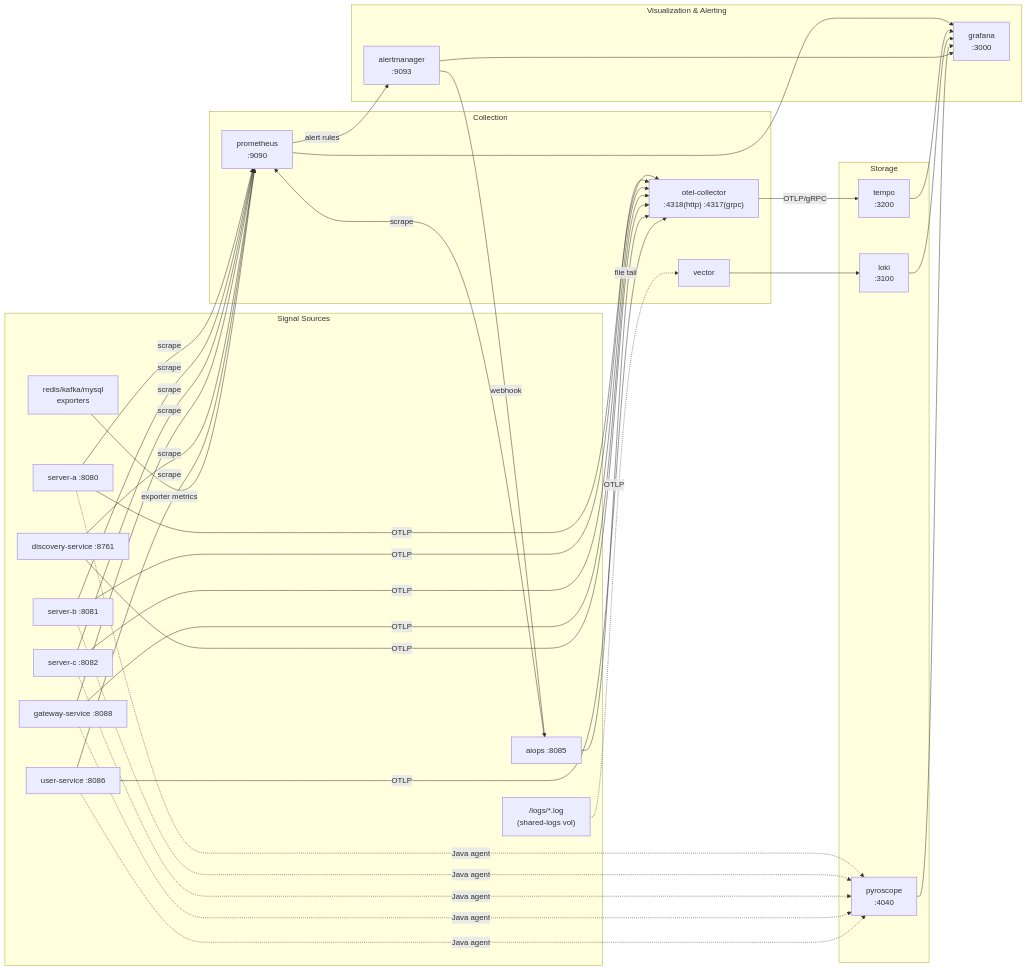
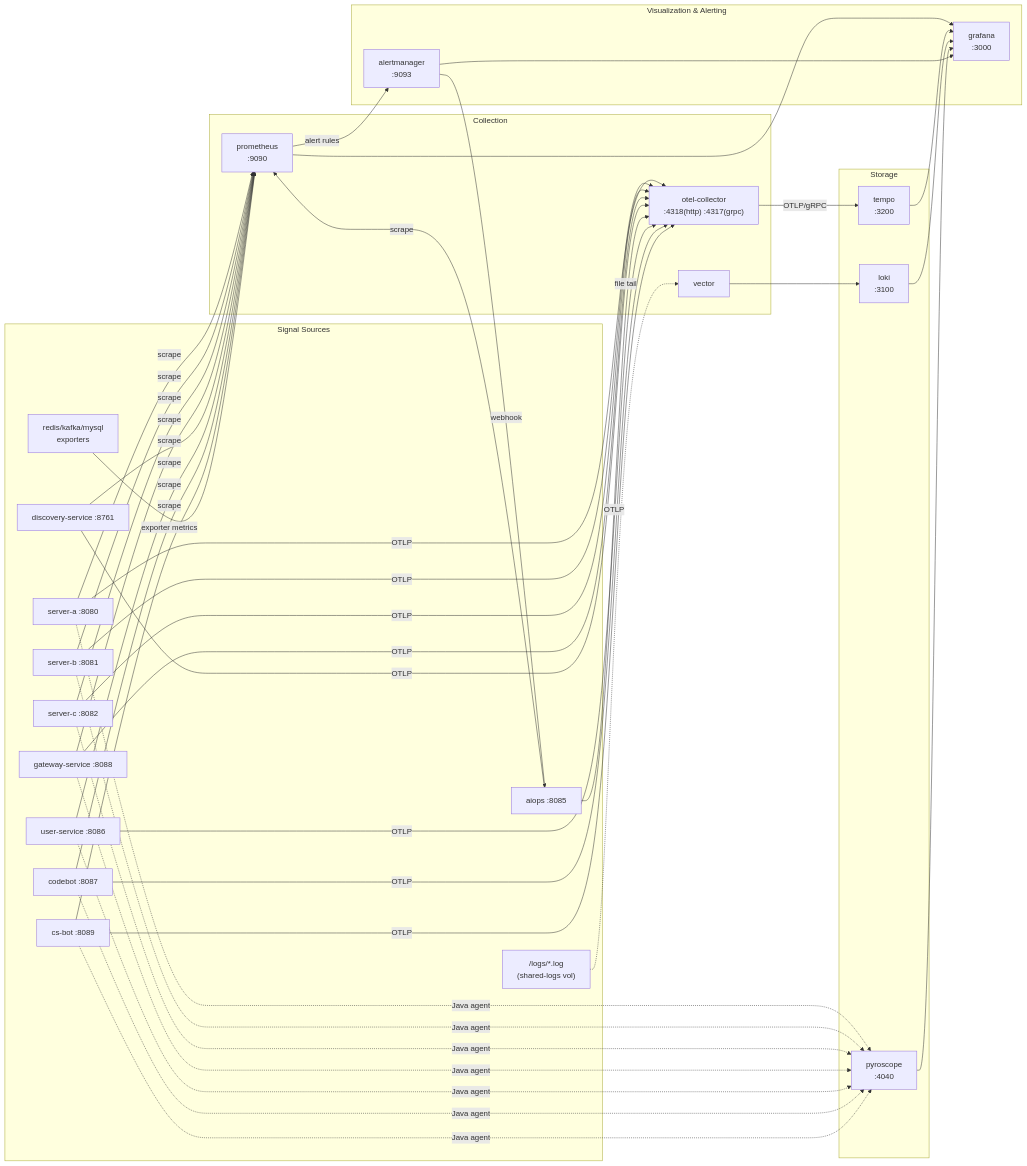
The third of 3 diagrams in docs/infra-diagram.md (michi2012/goods-promotion-project), drawn with Mermaid before and after one commit. The commit also changed other lines of this file and 2 other files, not shown here.

````diff
--- a/docs/infra-diagram.md
+++ b/docs/infra-diagram.md
@@ -144,57 +171,59 @@
 ```mermaid
 flowchart LR
     subgraph Src["Signal Sources"]
         SA["server-a :8080"]
         SB["server-b :8081"]
         SC["server-c :8082"]
         GW["gateway-service :8088"]
         DS["discovery-service :8761"]
         AIO["aiops :8085"]
         US["user-service :8086"]
+        CB["codebot :8087"]
+        CS["cs-bot :8089"]
         Logs["/logs/*.log\n(shared-logs vol)"]
         Infra["redis/kafka/mysql\nexporters"]
     end
 
     subgraph Collect["Collection"]
         OTEL["otel-collector\n:4318(http) :4317(grpc)"]
         VEC["vector"]
         PROM["prometheus\n:9090"]
     end
 
     subgraph Store["Storage"]
         Tempo["tempo\n:3200"]
         Loki["loki\n:3100"]
         Pyroscope["pyroscope\n:4040"]
     end
 
     subgraph Vis["Visualization & Alerting"]
         Grafana["grafana\n:3000"]
         AM["alertmanager\n:9093"]
     end
 
     %% Traces: 앱 → otel-collector → tempo
-    SA & SB & SC & GW & DS & AIO & US -->|"OTLP"| OTEL
+    SA & SB & SC & GW & DS & AIO & US & CB & CS -->|"OTLP"| OTEL
     OTEL -->|"OTLP/gRPC"| Tempo
 
     %% Profiling: Java agent (initContainer로 jar 주입) → pyroscope
-    SA & SB & SC & GW & US -.->|"Java agent"| Pyroscope
+    SA & SB & SC & GW & US & CB & CS -.->|"Java agent"| Pyroscope
 
     %% Logs: local=shared-logs 파일, k8s=stdout→/var/log/pods/ DaemonSet
     Logs -.->|"file tail"| VEC
     VEC --> Loki
 
     %% Metrics: prometheus scrape
-    SA & SB & SC & GW & DS & AIO & US -->|"scrape"| PROM
+    SA & SB & SC & GW & DS & AIO & US & CB & CS -->|"scrape"| PROM
     Infra -->|"exporter metrics"| PROM
 
     %% Grafana datasources
     PROM --> Grafana
     Tempo --> Grafana
     Loki --> Grafana
     Pyroscope --> Grafana
     AM --> Grafana
 
     %% Alerting
     PROM -->|"alert rules"| AM
     AM -->|"webhook"| AIO
 ```
````
